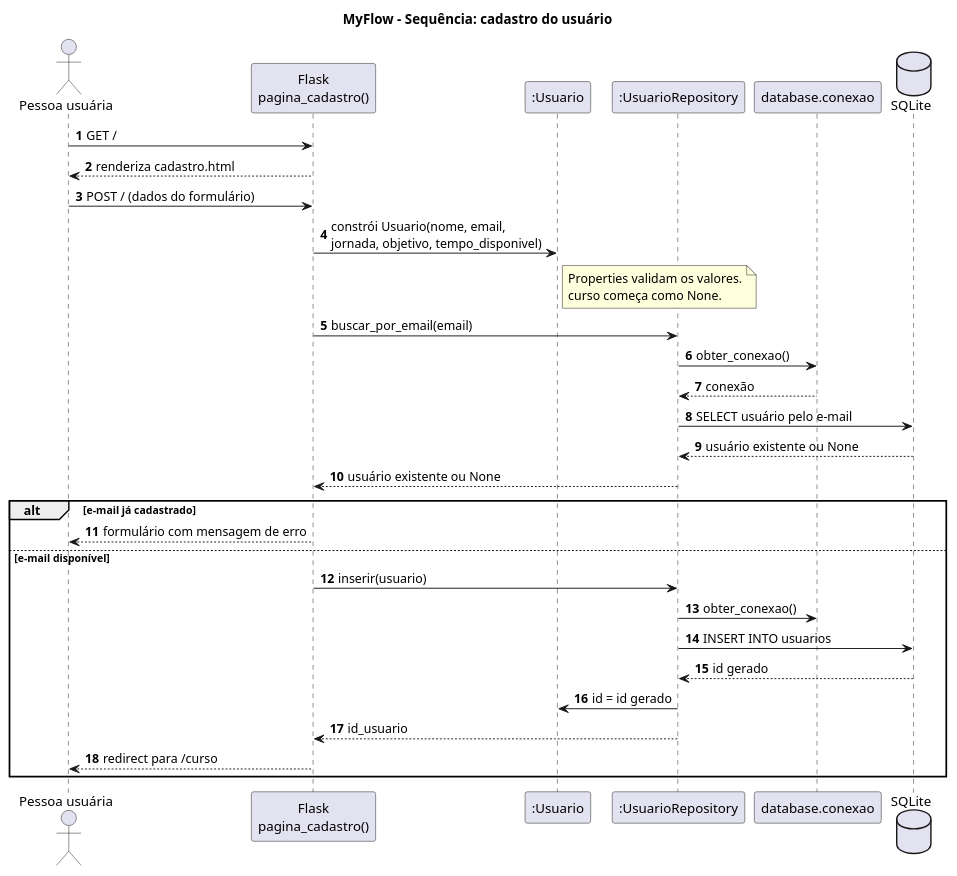
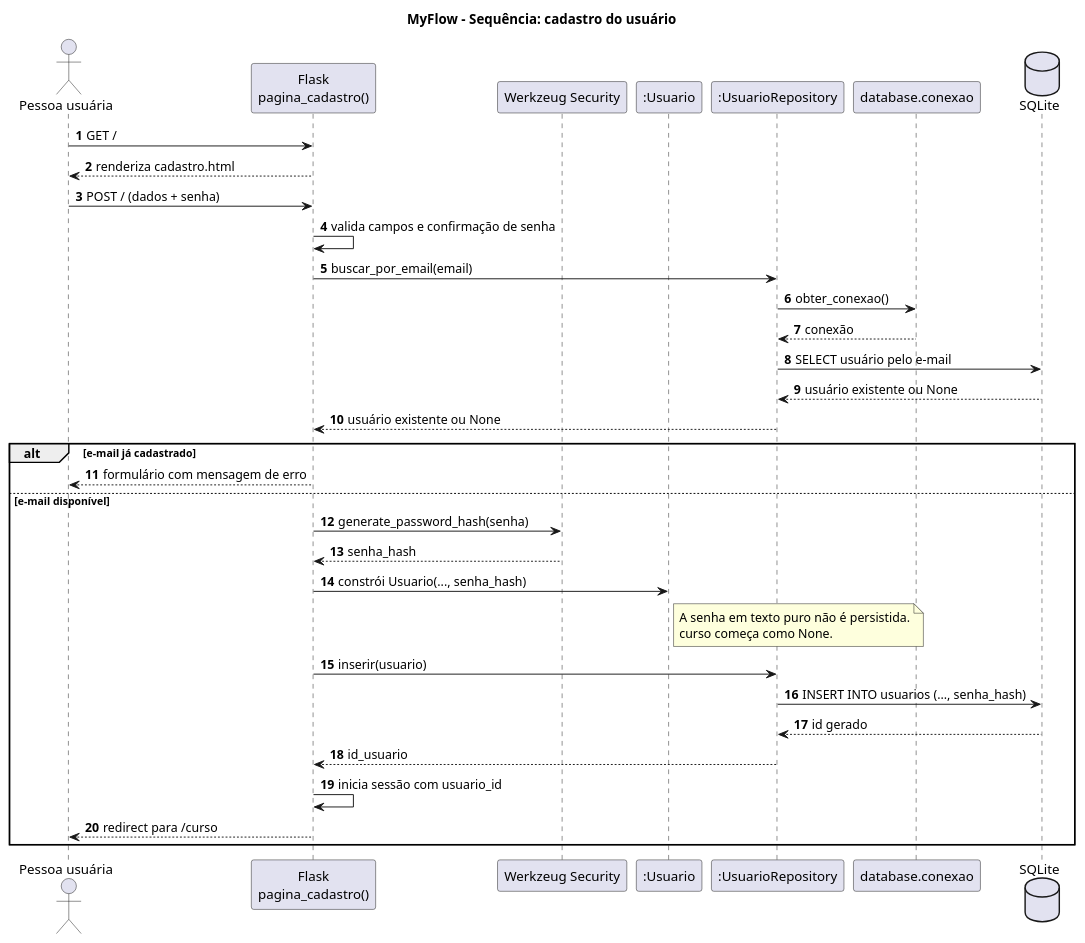
Before and after one commit to nicholasmichelon/project-myflow: the diagram in uml/sequencia/07_sequencia_cadastro_usuario.puml, drawn with PlantUML. The commit also changed 46 other files, not shown here.

```diff
--- a/uml/sequencia/07_sequencia_cadastro_usuario.puml
+++ b/uml/sequencia/07_sequencia_cadastro_usuario.puml
@@ -1,45 +1,47 @@
 @startuml 07_sequencia_cadastro_usuario
 title MyFlow - Sequência: cadastro do usuário
 
 skinparam shadowing false
 skinparam sequenceMessageAlign left
 skinparam responseMessageBelowArrow true
 autonumber
 
 actor "Pessoa usuária" as pessoa
 participant "Flask\npagina_cadastro()" as app
+participant "Werkzeug Security" as seguranca
 participant ":Usuario" as usuario
 participant ":UsuarioRepository" as repo
 participant "database.conexao" as cx
 database "SQLite" as db
 
 pessoa -> app : GET /
 app --> pessoa : renderiza cadastro.html
 
-pessoa -> app : POST / (dados do formulário)
-app -> usuario : constrói Usuario(nome, email,\njornada, objetivo, tempo_disponivel)
-note right of usuario
-  Properties validam os valores.
-  curso começa como None.
-end note
-
+pessoa -> app : POST / (dados + senha)
+app -> app : valida campos e confirmação de senha
 app -> repo : buscar_por_email(email)
 repo -> cx : obter_conexao()
 cx --> repo : conexão
 repo -> db : SELECT usuário pelo e-mail
 db --> repo : usuário existente ou None
 repo --> app : usuário existente ou None
 
 alt e-mail já cadastrado
   app --> pessoa : formulário com mensagem de erro
 else e-mail disponível
+  app -> seguranca : generate_password_hash(senha)
+  seguranca --> app : senha_hash
+  app -> usuario : constrói Usuario(..., senha_hash)
+  note right of usuario
+    A senha em texto puro não é persistida.
+    curso começa como None.
+  end note
   app -> repo : inserir(usuario)
-  repo -> cx : obter_conexao()
-  repo -> db : INSERT INTO usuarios
+  repo -> db : INSERT INTO usuarios (..., senha_hash)
   db --> repo : id gerado
-  repo -> usuario : id = id gerado
   repo --> app : id_usuario
+  app -> app : inicia sessão com usuario_id
   app --> pessoa : redirect para /curso
 end
 
 @enduml
```
